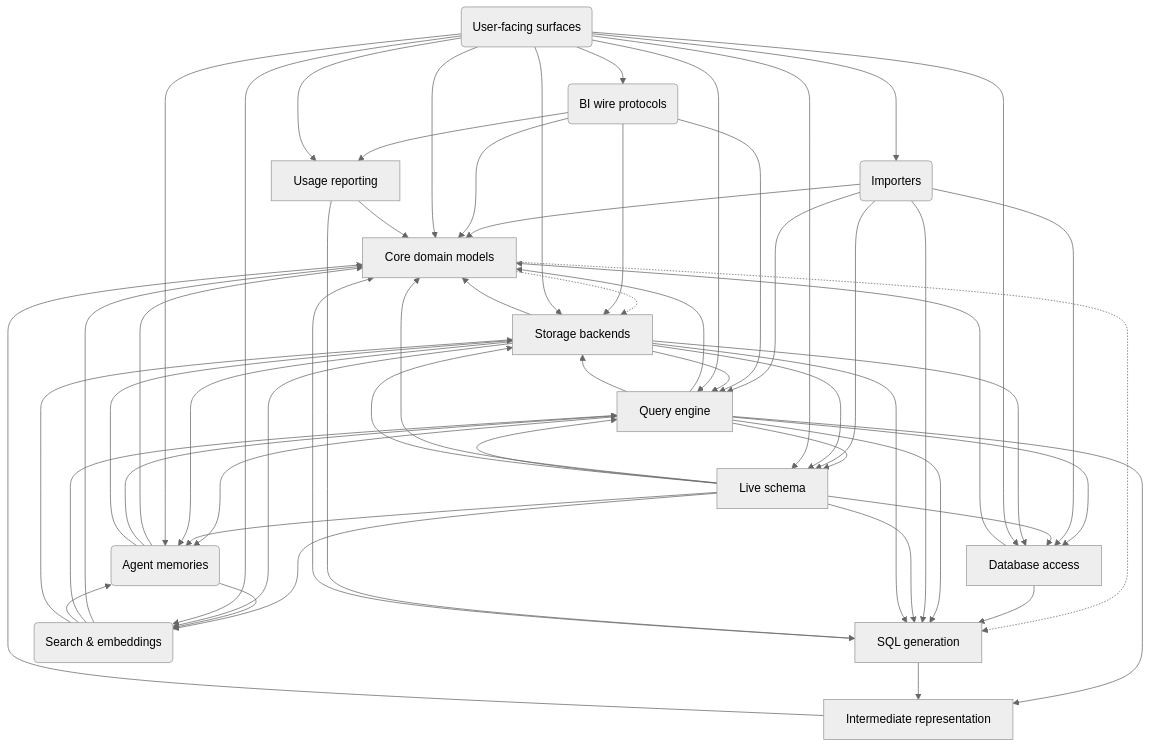
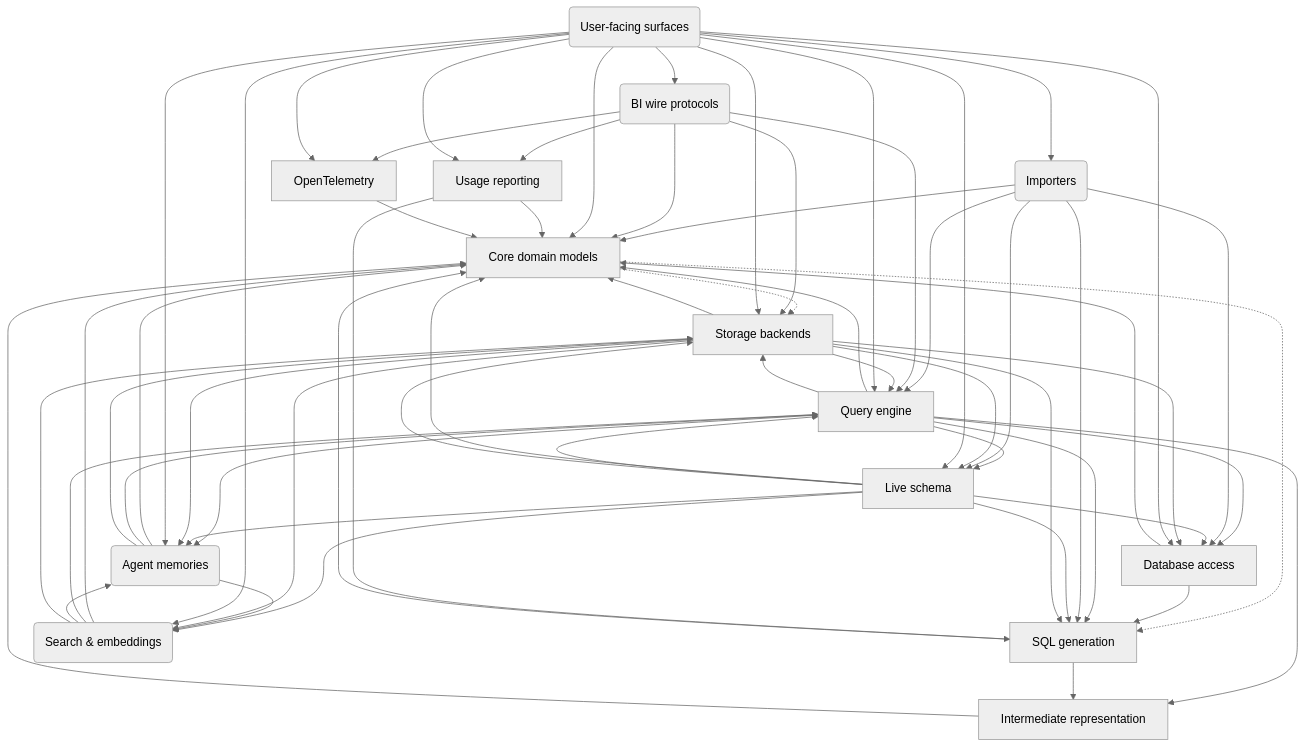
Before and after one commit to MotleyAI/slayer: the diagram in architecture/system.arc42.md, drawn with Mermaid (neutral theme). The commit also changed 52 other files, not shown here.

First line of the commit message:
Add opt-in OpenTelemetry instrumentation (slayer.otel)

````diff
--- a/architecture/system.arc42.md
+++ b/architecture/system.arc42.md
@@ -17,74 +17,78 @@
 ```mermaid
 flowchart TD
   %% landscape: SLayer landscape
   core["Core domain models"]
   sql["SQL generation"]
   engine["Query engine"]
   database["Database access"]
   live_schema["Live schema"]
   ir["Intermediate representation"]
   storage["Storage backends"]
   importers("Importers")
   search("Search & embeddings")
   memories("Agent memories")
   protocols("BI wire protocols")
   usage_reporting["Usage reporting"]
+  otel["OpenTelemetry"]
   surfaces("User-facing surfaces")
   core -.-> sql
   core -.-> storage
   engine --> core
   database --> core
   database --> sql
   engine --> database
   engine --> live_schema
   engine --> ir
   engine --> memories
   engine --> sql
   engine --> storage
   importers --> core
   importers --> database
   importers --> live_schema
   importers --> engine
   importers --> sql
   ir --> core
   live_schema --> core
   live_schema --> database
   live_schema --> engine
   live_schema --> memories
   live_schema --> search
   live_schema --> sql
   live_schema --> storage
   memories --> core
   memories --> engine
   memories --> search
   memories --> storage
   protocols --> core
   protocols --> engine
   protocols --> storage
   search --> core
   search --> engine
   search --> memories
   search --> storage
   sql --> core
   sql --> ir
   storage --> core
   storage --> database
   storage --> engine
   storage --> live_schema
   storage --> memories
   storage --> search
   storage --> sql
   surfaces --> core
   surfaces --> database
   surfaces --> engine
   surfaces --> importers
   surfaces --> live_schema
   surfaces --> memories
   surfaces --> protocols
   surfaces --> search
   surfaces --> storage
   protocols --> usage_reporting
   surfaces --> usage_reporting
   usage_reporting --> core
   usage_reporting --> sql
+  protocols --> otel
+  surfaces --> otel
+  otel --> core
 ```
````
